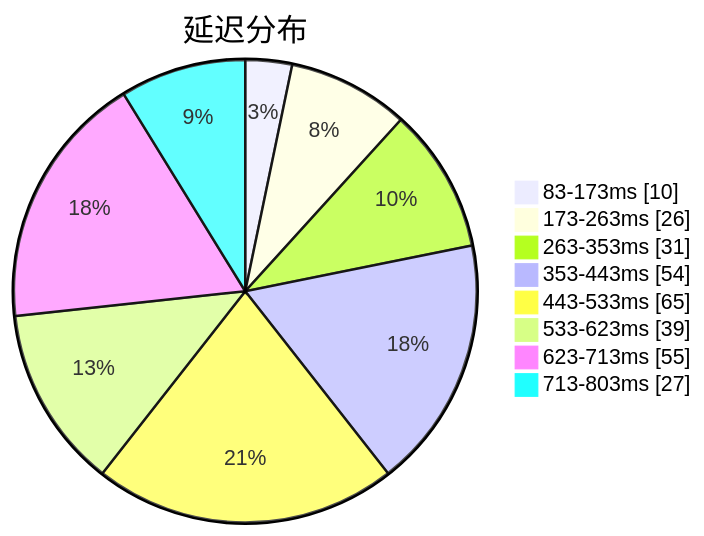
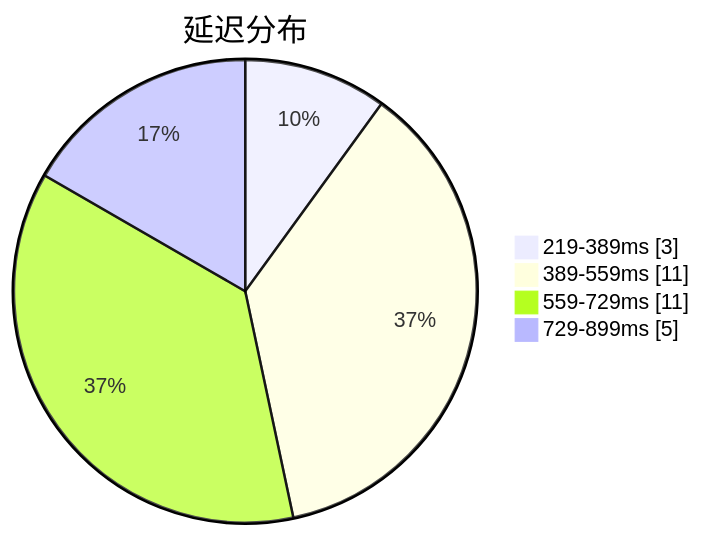
Before and after one commit to sinspired/airport: the first of 3 diagrams in subs/statistics/tested_within.md, drawn with Mermaid. The commit also changed other lines of this file and 2 other files, not shown here.

````diff
--- a/subs/statistics/tested_within.md
+++ b/subs/statistics/tested_within.md
@@ -2,12 +2,8 @@
 ```mermaid
 pie showData
 title 延迟分布
-"83-173ms" : 10
-"173-263ms" : 26
-"263-353ms" : 31
-"353-443ms" : 54
-"443-533ms" : 65
-"533-623ms" : 39
-"623-713ms" : 55
-"713-803ms" : 27
+"219-389ms" : 3
+"389-559ms" : 11
+"559-729ms" : 11
+"729-899ms" : 5
 ```
````
